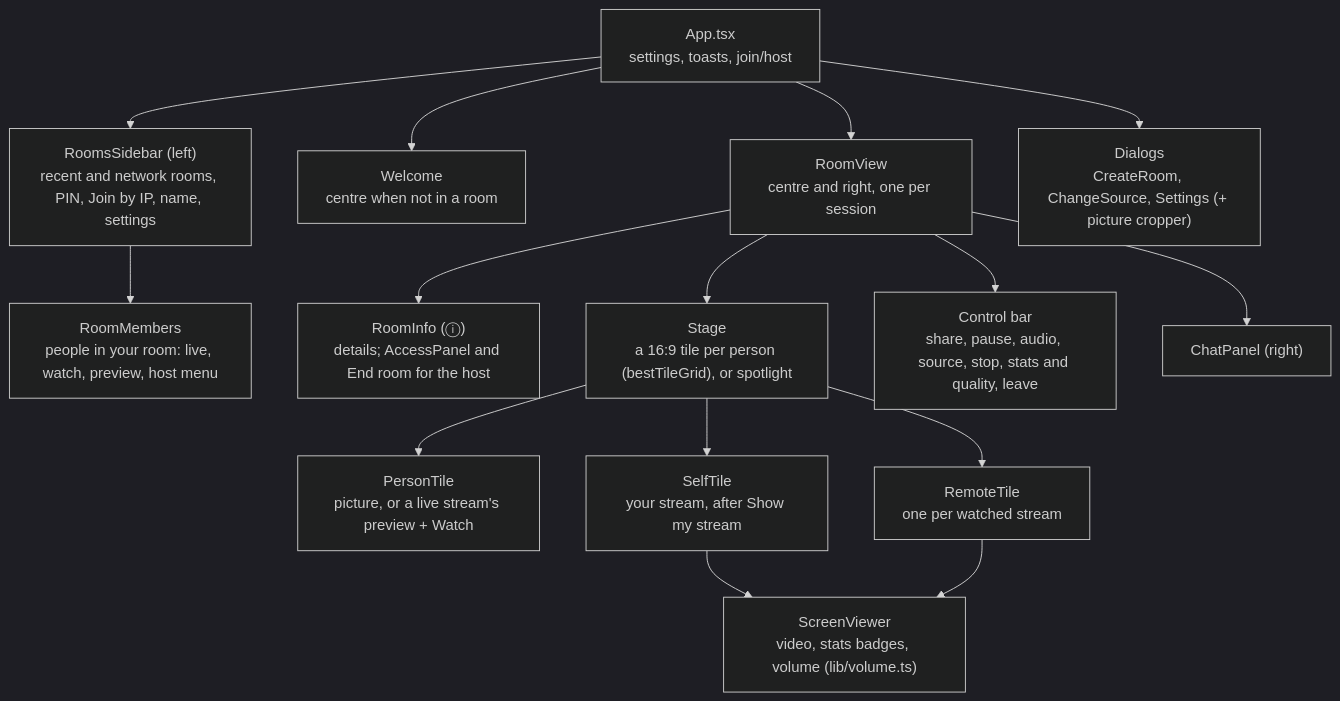
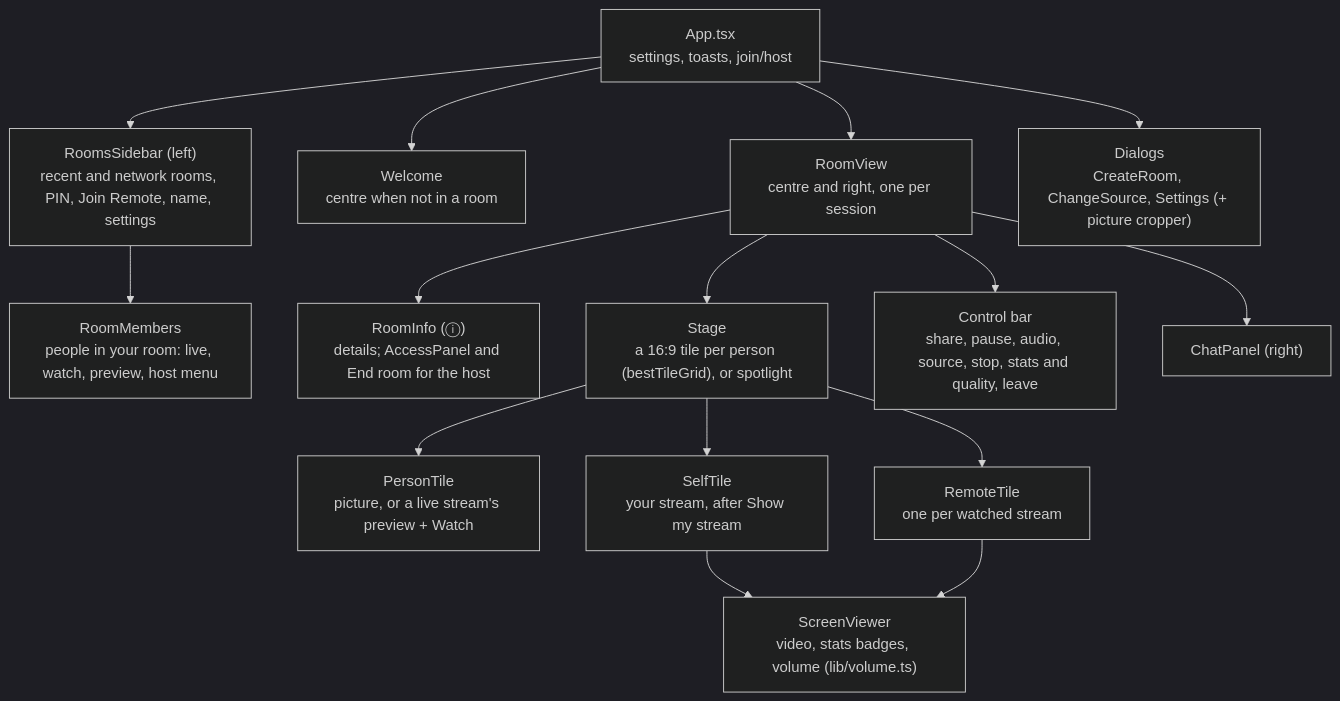
The fifth of 8 diagrams in docs/en-US/architecture.md (nsfxu/lan-screenshare), drawn with Mermaid (dark theme) before and after one commit. The commit also changed other lines of this file and 44 other files, not shown here.

````diff
--- a/docs/en-US/architecture.md
+++ b/docs/en-US/architecture.md
@@ -268,18 +268,18 @@
 ```mermaid
 flowchart TB
   App["App.tsx<br/>settings, toasts, join/host"]
-  App --> Rooms["RoomsSidebar (left)<br/>recent and network rooms, PIN, Join by IP, name, settings"]
+  App --> Rooms["RoomsSidebar (left)<br/>recent and network rooms, PIN, Join Remote, name, settings"]
   Rooms --> Members["RoomMembers<br/>people in your room: live, watch, preview, host menu"]
   App --> Welcome["Welcome<br/>centre when not in a room"]
   App --> Room["RoomView<br/>centre and right, one per session"]
   App --> Dlg["Dialogs<br/>CreateRoom, ChangeSource, Settings (+ picture cropper)"]
   Room --> Info["RoomInfo (ⓘ)<br/>details; AccessPanel and End room for the host"]
   Room --> Stage["Stage<br/>a 16:9 tile per person (bestTileGrid), or spotlight"]
   Stage --> Person["PersonTile<br/>picture, or a live stream's preview + Watch"]
   Stage --> Self["SelfTile<br/>your stream, after Show my stream"]
   Stage --> Remote["RemoteTile<br/>one per watched stream"]
   Self --> SV["ScreenViewer<br/>video, stats badges, volume (lib/volume.ts)"]
   Remote --> SV
   Room --> Bar["Control bar<br/>share, pause, audio, source, stop, stats and quality, leave"]
   Room --> Chat["ChatPanel (right)"]
 ```
````
